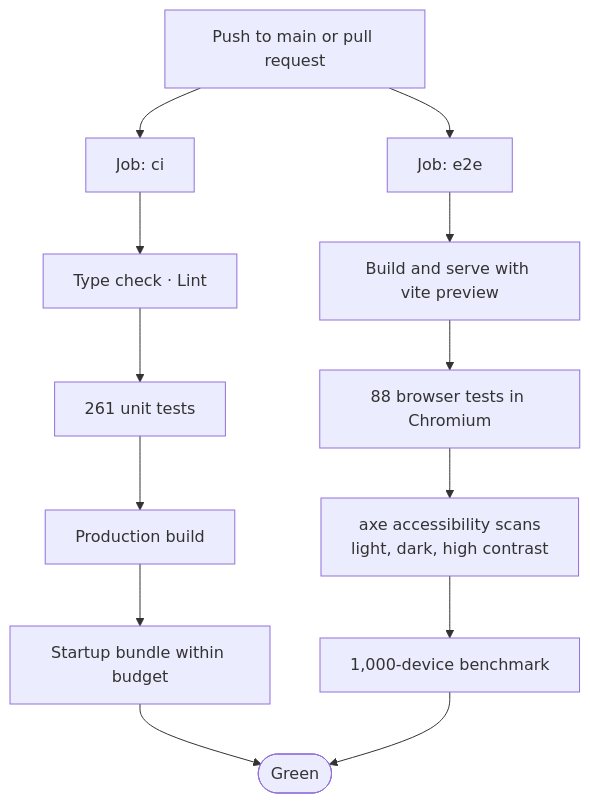
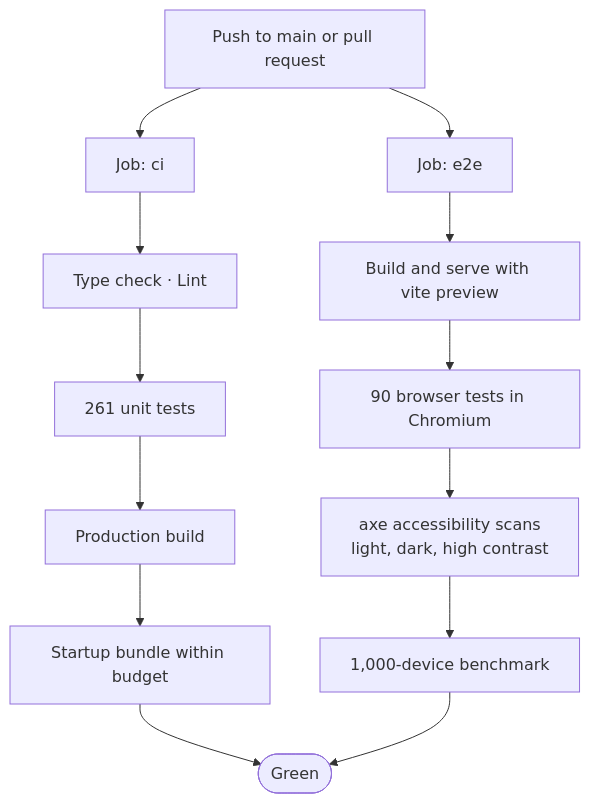
Before and after one commit to vijaykumargowdakk/ReSecArc: diagram 29 of 32 in README.md, drawn with Mermaid. The commit also changed other lines of this file and 7 other files, not shown here.

````diff
--- a/README.md
+++ b/README.md
@@ -1281,15 +1281,15 @@
 ```mermaid
 flowchart TB
     PUSH["Push to main or pull request"] --> J1["Job: ci"]
     PUSH --> J2["Job: e2e"]
     J1 --> A1["Type check · Lint"]
     A1 --> A2["261 unit tests"]
     A2 --> A3["Production build"]
     A3 --> A4["Startup bundle within budget"]
     J2 --> B1["Build and serve with vite preview"]
-    B1 --> B2["88 browser tests in Chromium"]
+    B1 --> B2["90 browser tests in Chromium"]
     B2 --> B3["axe accessibility scans<br/>light, dark, high contrast"]
     B3 --> B4["1,000-device benchmark"]
     A4 --> OK(["Green"])
     B4 --> OK
 ```
````
